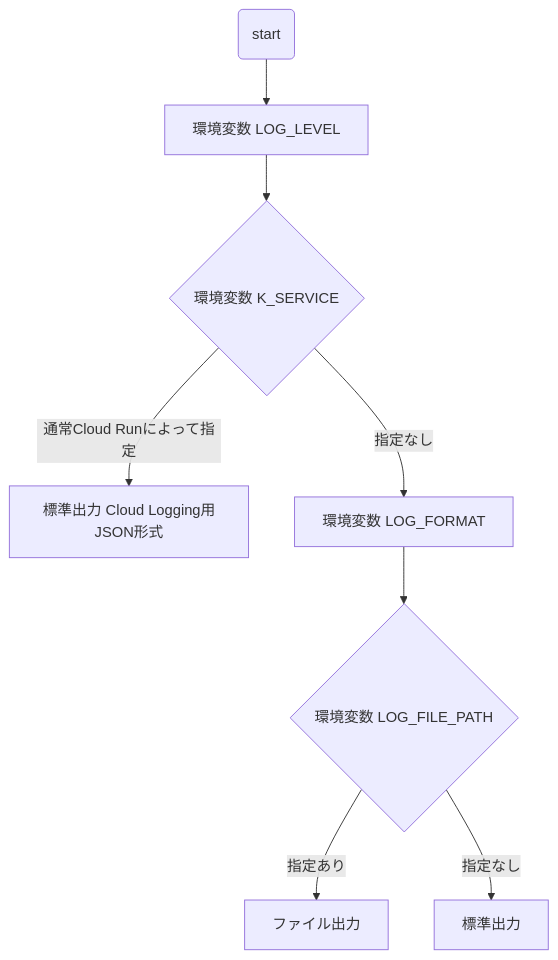
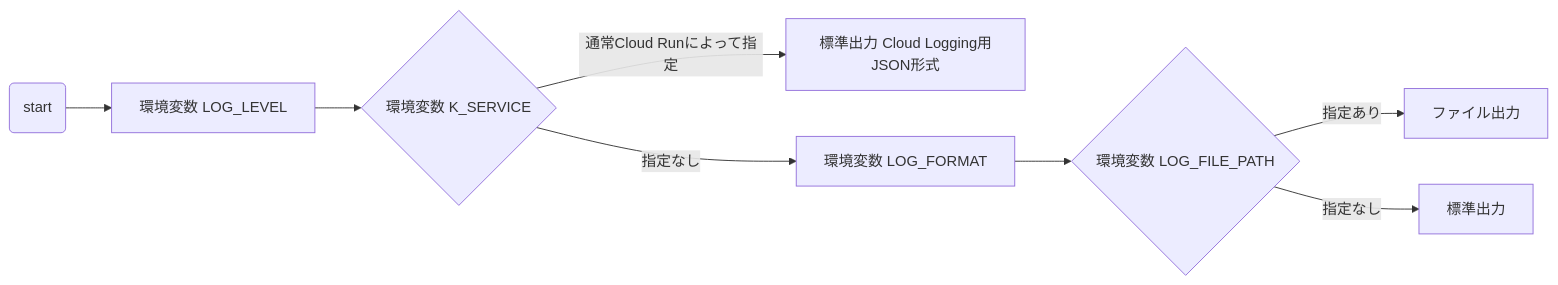
One commit to tengine/py-gn-log changed the diagram in README.md. Above: the diagram before and after it, drawn with Mermaid.

Commit message:
📝 環境変数の使われ方の図が大きすぎたので横向きに変更

````diff
--- a/README.md
+++ b/README.md
@@ -40,10 +40,10 @@
 ```mermaid
-flowchart TD
+flowchart LR
     S(start) --> A[環境変数 LOG_LEVEL]
     A --> B{環境変数 K_SERVICE}
     B -->|通常Cloud Runによって指定| C[標準出力 Cloud Logging用JSON形式]
     B --> |指定なし| D[環境変数 LOG_FORMAT]
     D --> E{環境変数 LOG_FILE_PATH}
     E -->|指定あり| F[ファイル出力]
     E -->|指定なし| G[標準出力]
 ```
````
